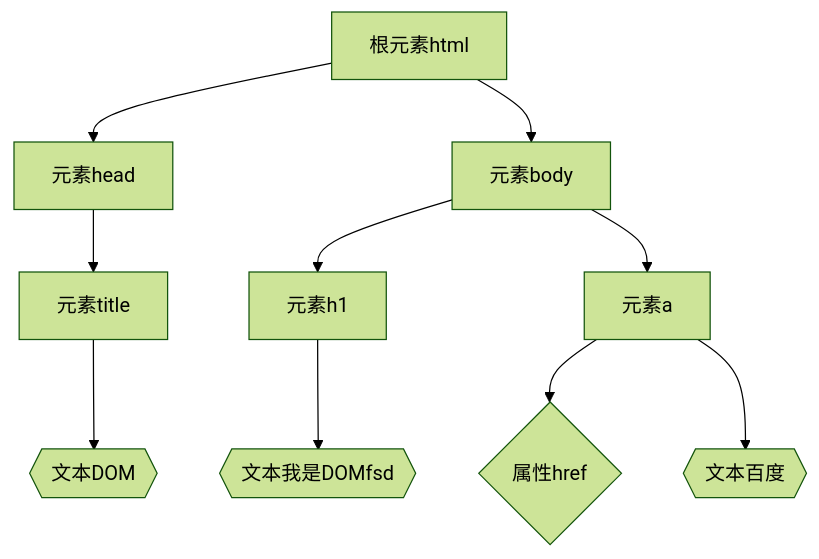
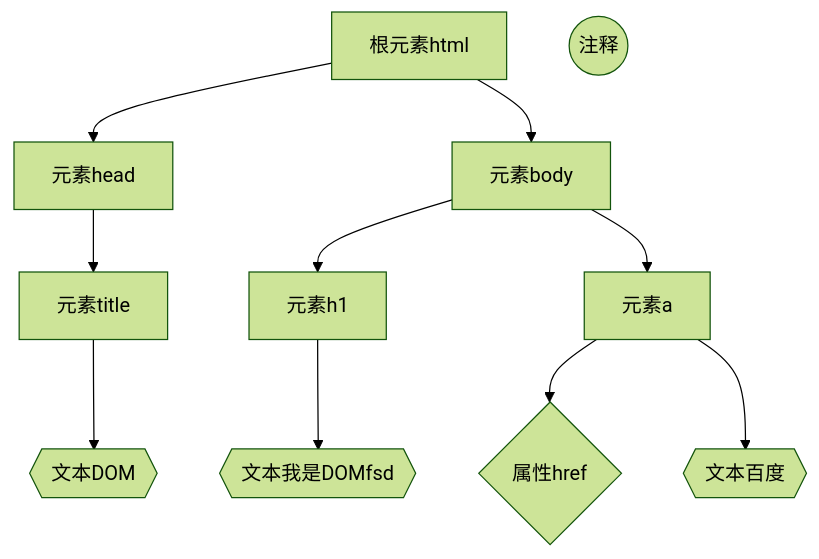
The diagram in 计算机/JavaWeb/前端/JavaScript.md (poppop9/obsidian), drawn with Mermaid (forest theme) before and after one commit. The commit also changed other lines of this file, not shown here.

````diff
--- a/计算机/JavaWeb/前端/JavaScript.md
+++ b/计算机/JavaWeb/前端/JavaScript.md
@@ -304,7 +304,8 @@
 ```mermaid
 graph TB
 	a[根元素html]-->b[元素head]-->d[元素title]-->e{{文本DOM}}
 	a-->c[元素body]-->f[元素h1]-->h{{文本我是DOMfsd}}
 	c-->g[元素a]-->i{属性href}
 	g-->j{{文本百度}}
+	k((注释))
 ```
````
